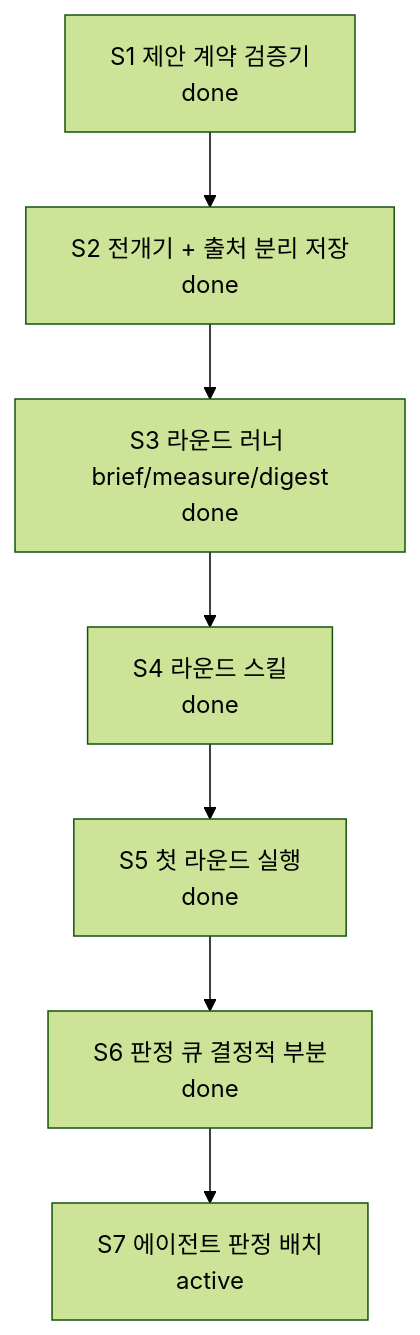
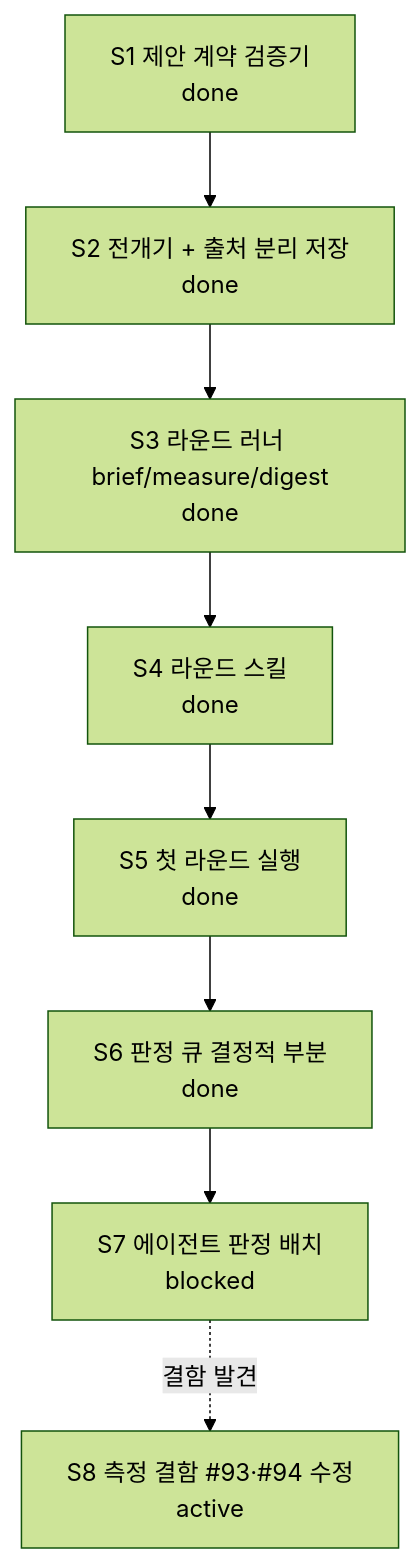
The diagram in docs/CURRENT-PLAN.md (skerfolg/poe2-ai-wiki), drawn with Mermaid (forest theme) before and after one commit. The commit also changed other lines of this file and 1 other file, not shown here.

First line of the commit message:
#93·#94 등재 — 에이전트 판정이 측정 결함 둘을 잡았다 (S7 중단)

````diff
--- a/docs/CURRENT-PLAN.md
+++ b/docs/CURRENT-PLAN.md
@@ -23,11 +23,13 @@
 ```mermaid
 flowchart TD
   CONTRACT[S1 제안 계약 검증기<br/>done]
   FLOW[S2 전개기 + 출처 분리 저장<br/>done]
   ROUND[S3 라운드 러너 brief/measure/digest<br/>done]
   SKILL[S4 라운드 스킬<br/>done]
   FIRST[S5 첫 라운드 실행<br/>done]
   NECESS[S6 판정 큐 결정적 부분<br/>done]
-  JUDGE[S7 에이전트 판정 배치<br/>active]
+  JUDGE[S7 에이전트 판정 배치<br/>blocked]
+  FIX[S8 측정 결함 #93·#94 수정<br/>active]
   CONTRACT --> FLOW --> ROUND --> SKILL --> FIRST --> NECESS --> JUDGE
+  JUDGE -. 결함 발견 .-> FIX
 ```
````
